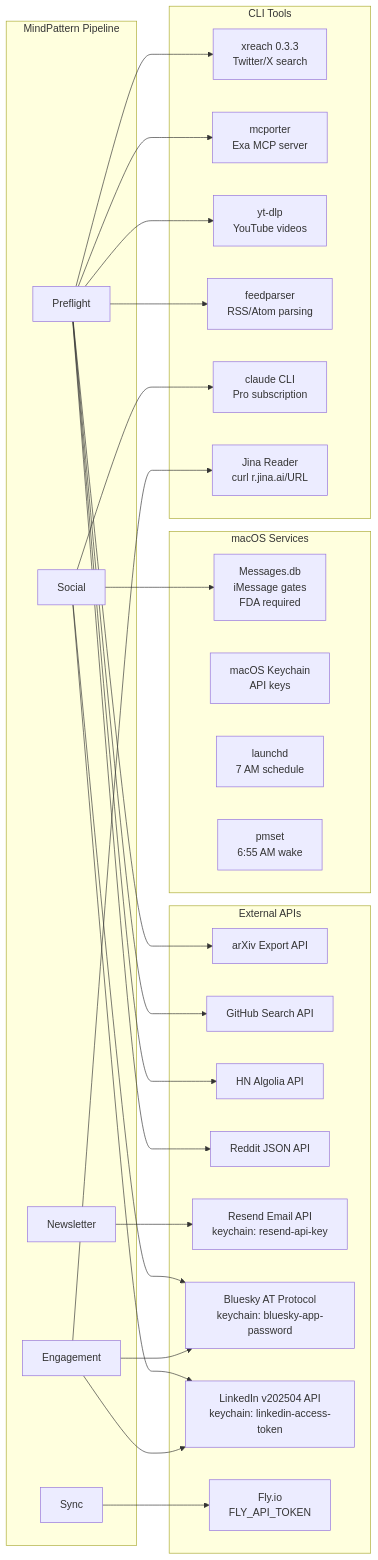
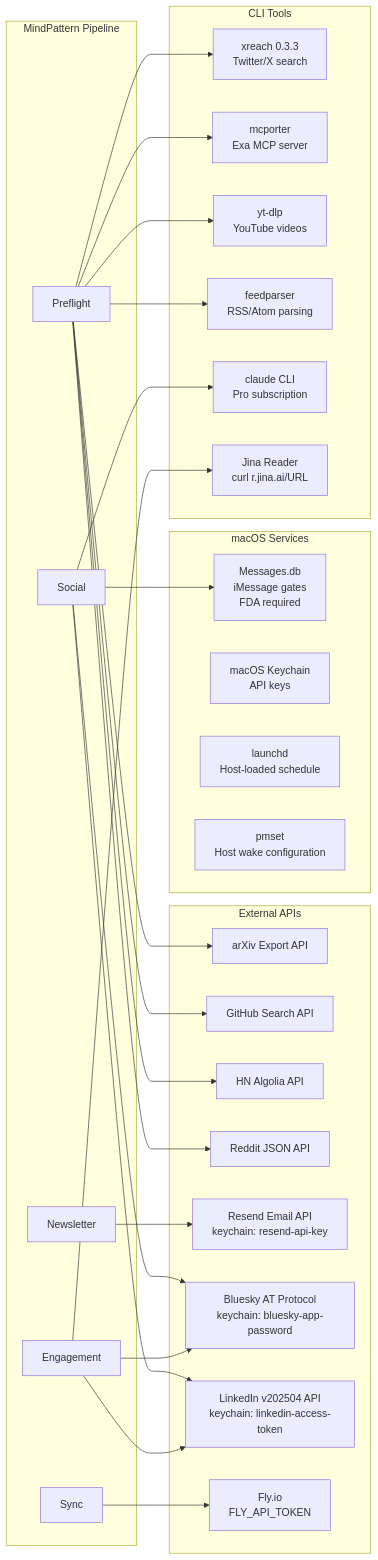
Before and after one commit to tayler-id/mindpattern-v3: the eighth of 8 diagrams in docs/ARCHITECTURE.md, drawn with Mermaid. The commit also changed other lines of this file and 6 other files, not shown here.

````diff
--- a/docs/ARCHITECTURE.md
+++ b/docs/ARCHITECTURE.md
@@ -285,44 +285,44 @@
 ```mermaid
 flowchart LR
     subgraph PIPELINE["MindPattern Pipeline"]
         PREFLIGHT_M["Preflight"]
         NEWSLETTER_M["Newsletter"]
         SOCIAL_M["Social"]
         ENGAGE_M["Engagement"]
         SYNC_M["Sync"]
     end
 
     subgraph APIS["External APIs"]
         ARXIV_API["arXiv Export API"]
         GH_API["GitHub Search API"]
         HN_API["HN Algolia API"]
         REDDIT_API["Reddit JSON API"]
         RESEND["Resend Email API<br/>keychain: resend-api-key"]
         BSKY["Bluesky AT Protocol<br/>keychain: bluesky-app-password"]
         LINKEDIN["LinkedIn v202504 API<br/>keychain: linkedin-access-token"]
         FLYIO_API["Fly.io<br/>FLY_API_TOKEN"]
     end
 
     subgraph CLI_TOOLS["CLI Tools"]
         XREACH["xreach 0.3.3<br/>Twitter/X search"]
         MCPORTER["mcporter<br/>Exa MCP server"]
         YTDLP["yt-dlp<br/>YouTube videos"]
         FEEDPARSER["feedparser<br/>RSS/Atom parsing"]
         CLAUDE_CLI["claude CLI<br/>Pro subscription"]
         JINA["Jina Reader<br/>curl r.jina.ai/URL"]
     end
 
     subgraph MACOS["macOS Services"]
         MESSAGES["Messages.db<br/>iMessage gates<br/>FDA required"]
         KEYCHAIN["macOS Keychain<br/>API keys"]
-        LAUNCHD_SVC["launchd<br/>7 AM schedule"]
-        PMSET["pmset<br/>6:55 AM wake"]
+        LAUNCHD_SVC["launchd<br/>Host-loaded schedule"]
+        PMSET["pmset<br/>Host wake configuration"]
     end
 
     PREFLIGHT_M --> ARXIV_API & GH_API & HN_API & REDDIT_API
     PREFLIGHT_M --> XREACH & MCPORTER & YTDLP & FEEDPARSER
     NEWSLETTER_M --> RESEND
     SOCIAL_M --> BSKY & LINKEDIN & CLAUDE_CLI & MESSAGES
     ENGAGE_M --> BSKY & LINKEDIN & JINA
     SYNC_M --> FLYIO_API
 ```
````
